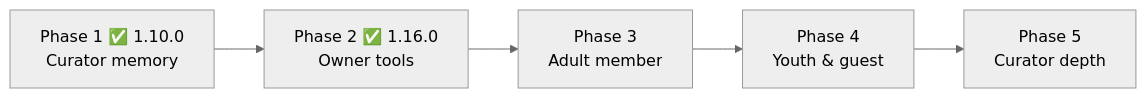
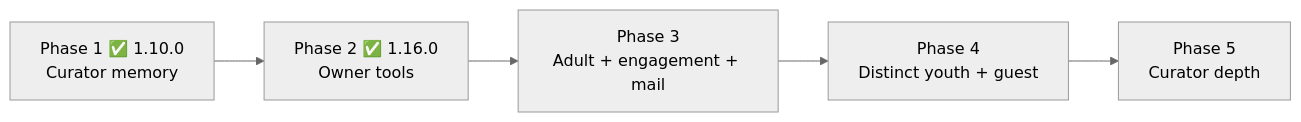
The diagram in docs/DELIGHT-WISHLIST.md (romwil/curatorx), drawn with Mermaid (neutral theme) before and after one commit. The commit also changed other lines of this file and 39 other files, not shown here.

````diff
--- a/docs/DELIGHT-WISHLIST.md
+++ b/docs/DELIGHT-WISHLIST.md
@@ -23,7 +27,7 @@
 ```mermaid
 flowchart LR
   P1["Phase 1 ✅ 1.10.0<br/>Curator memory"] --> P2["Phase 2 ✅ 1.16.0<br/>Owner tools"]
-  P2 --> P3["Phase 3<br/>Adult member"]
-  P3 --> P4["Phase 4<br/>Youth & guest"]
+  P2 --> P3["Phase 3<br/>Adult + engagement + mail"]
+  P3 --> P4["Phase 4<br/>Distinct youth + guest"]
   P4 --> P5["Phase 5<br/>Curator depth"]
 ```
````
